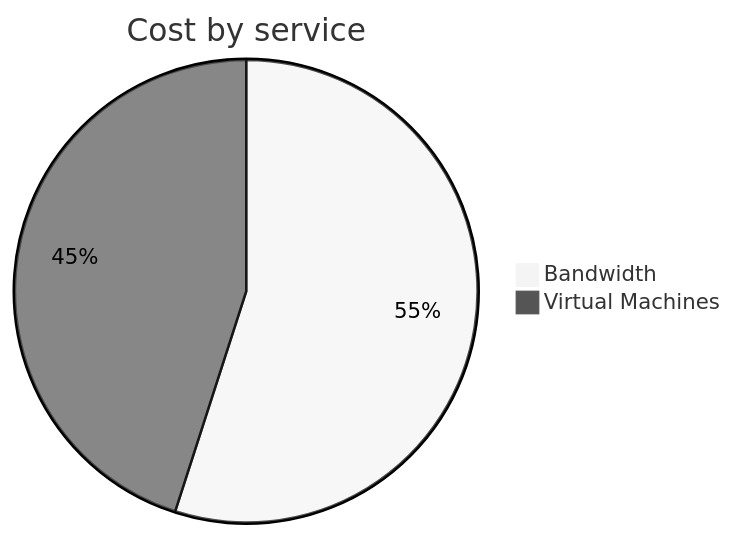
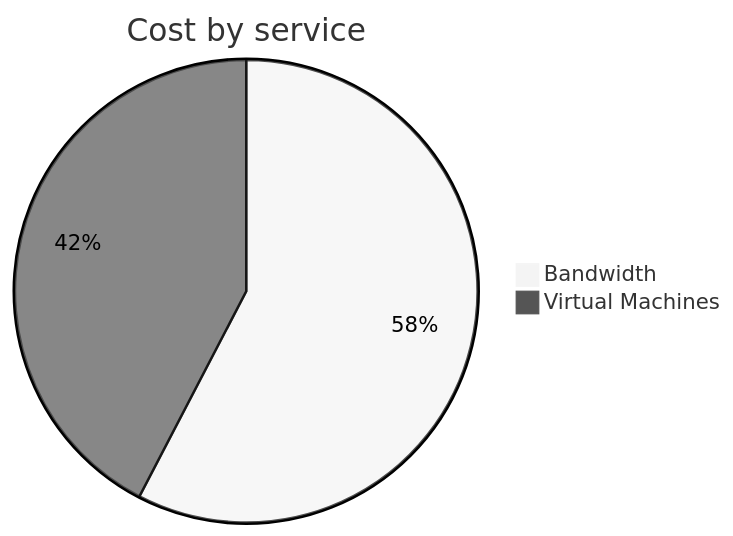
Before and after one commit to jpfulton/azure-personal-reports: the second of 4 diagrams in cost-reports/personal-network/vpn-server.md, drawn with Mermaid (neutral theme). The commit also changed other lines of this file and 8 other files, not shown here.

````diff
--- a/cost-reports/personal-network/vpn-server.md
+++ b/cost-reports/personal-network/vpn-server.md
@@ -94,6 +94,6 @@
 ```mermaid
 pie
    title Cost by service
-   "Bandwidth" : 0.94
-   "Virtual Machines" : 0.77
+   "Bandwidth" : 1.32
+   "Virtual Machines" : 0.97
 ```
````
